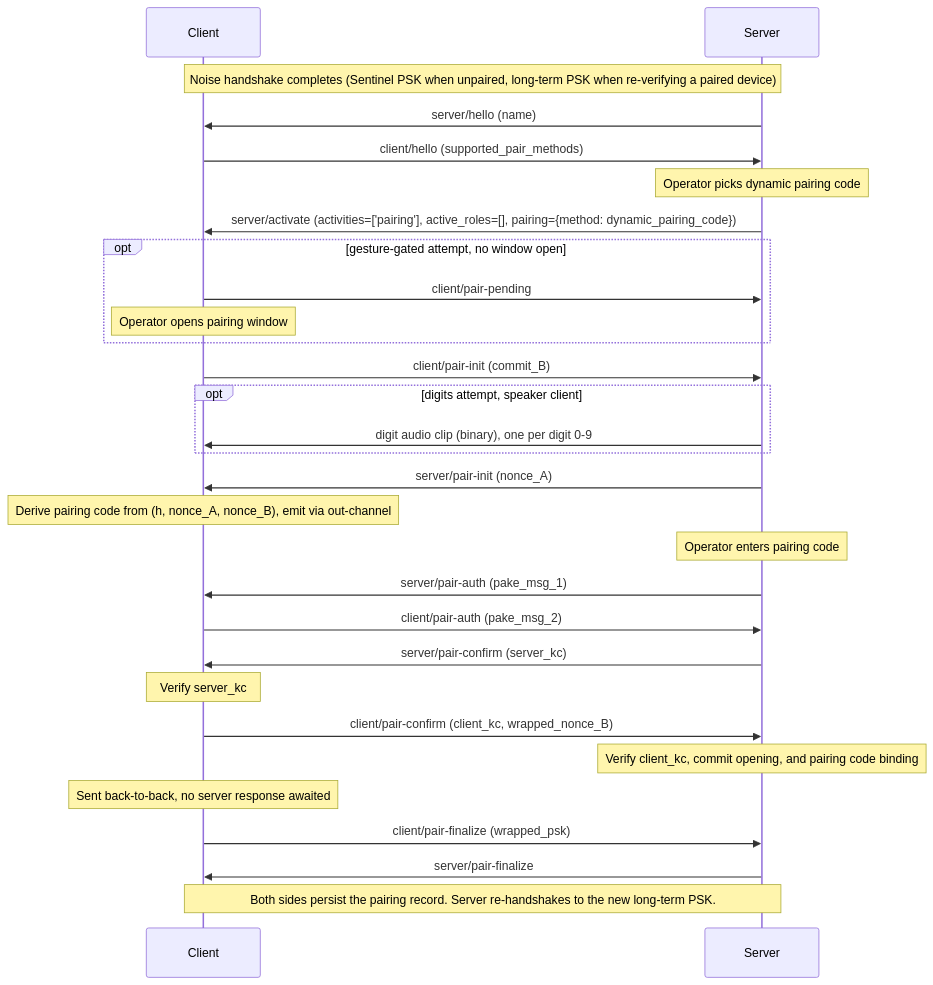
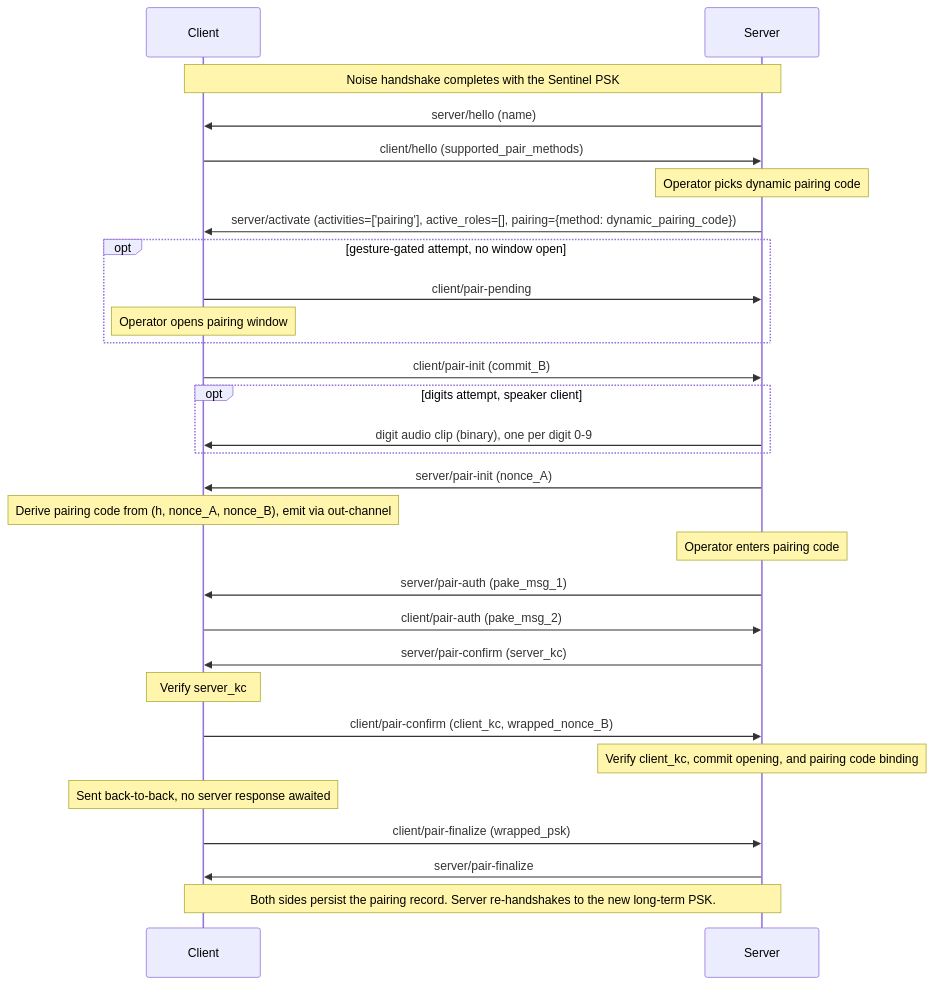
The third of 4 diagrams in README.md (Resonate-Protocol/spec), drawn with Mermaid before and after one commit. The commit also changed other lines of this file and 2 other files, not shown here.

First line of the commit message:
Remove the already-paired pairing entry

````diff
--- a/README.md
+++ b/README.md
@@ -825,33 +824,33 @@
 ```mermaid
 sequenceDiagram
     participant Client
     participant Server
 
-    Note over Client,Server: Noise handshake completes (Sentinel PSK when unpaired, long-term PSK when re-verifying a paired device)
+    Note over Client,Server: Noise handshake completes with the Sentinel PSK
 
     Server->>Client: server/hello (name)
     Client->>Server: client/hello (supported_pair_methods)
     Note over Server: Operator picks dynamic pairing code
     Server->>Client: server/activate (activities=['pairing'], active_roles=[], pairing={method: dynamic_pairing_code})
     opt gesture-gated attempt, no window open
         Client->>Server: client/pair-pending
         Note over Client: Operator opens pairing window
     end
     Client->>Server: client/pair-init (commit_B)
     opt digits attempt, speaker client
         Server->>Client: digit audio clip (binary), one per digit 0-9
     end
     Server->>Client: server/pair-init (nonce_A)
     Note over Client: Derive pairing code from (h, nonce_A, nonce_B), emit via out-channel
     Note over Server: Operator enters pairing code
     Server->>Client: server/pair-auth (pake_msg_1)
     Client->>Server: client/pair-auth (pake_msg_2)
     Server->>Client: server/pair-confirm (server_kc)
     Note over Client: Verify server_kc
     Client->>Server: client/pair-confirm (client_kc, wrapped_nonce_B)
     Note over Server: Verify client_kc, commit opening, and pairing code binding
     Note over Client: Sent back-to-back, no server response awaited
     Client->>Server: client/pair-finalize (wrapped_psk)
     Server->>Client: server/pair-finalize
     Note over Client,Server: Both sides persist the pairing record. Server re-handshakes to the new long-term PSK.
 ```
````
